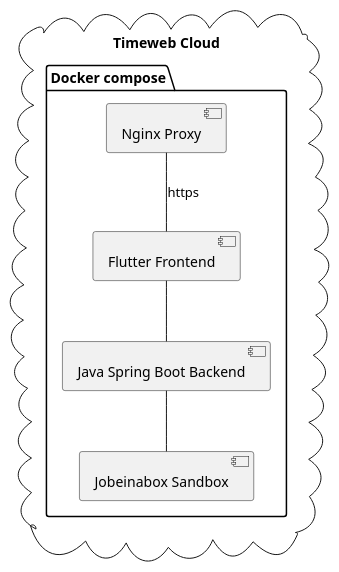
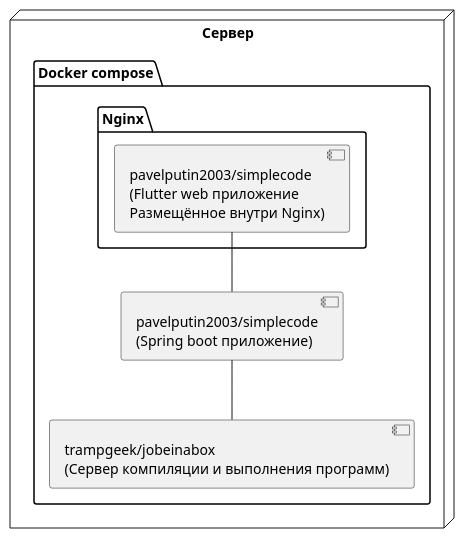
The diagram in documentation/diagrams/диаграмма развёртывания.pu (PavelPutin/simplecode), drawn with PlantUML before and after one commit. The commit also changed 12 other files, not shown here.

Commit message:
make diagrams

```diff
--- a/documentation/diagrams/диаграмма развёртывания.pu
+++ b/documentation/diagrams/диаграмма развёртывания.pu
@@ -1,16 +1,16 @@
 @startuml диаграмма развёртывания
 
-cloud "Timeweb Cloud" {
+node "Сервер" {
     package "Docker compose" {
-        component "Nginx Proxy" as nginx
-        component "Flutter Frontend" as front
-        component "Java Spring Boot Backend" as back
-        component "Jobeinabox Sandbox" as jobe
+        package "Nginx" {
+            component "pavelputin2003/simplecode\n(Flutter web приложение\nРазмещённое внутри Nginx)" as front
+        }    
+        component "pavelputin2003/simplecode\n(Spring boot приложение)" as back
+        component "trampgeek/jobeinabox\n(Сервер компиляции и выполнения программ)" as jobe
     }
 }
 
-nginx -- front : https
 front -- back
 back -- jobe
 
 @enduml
```
